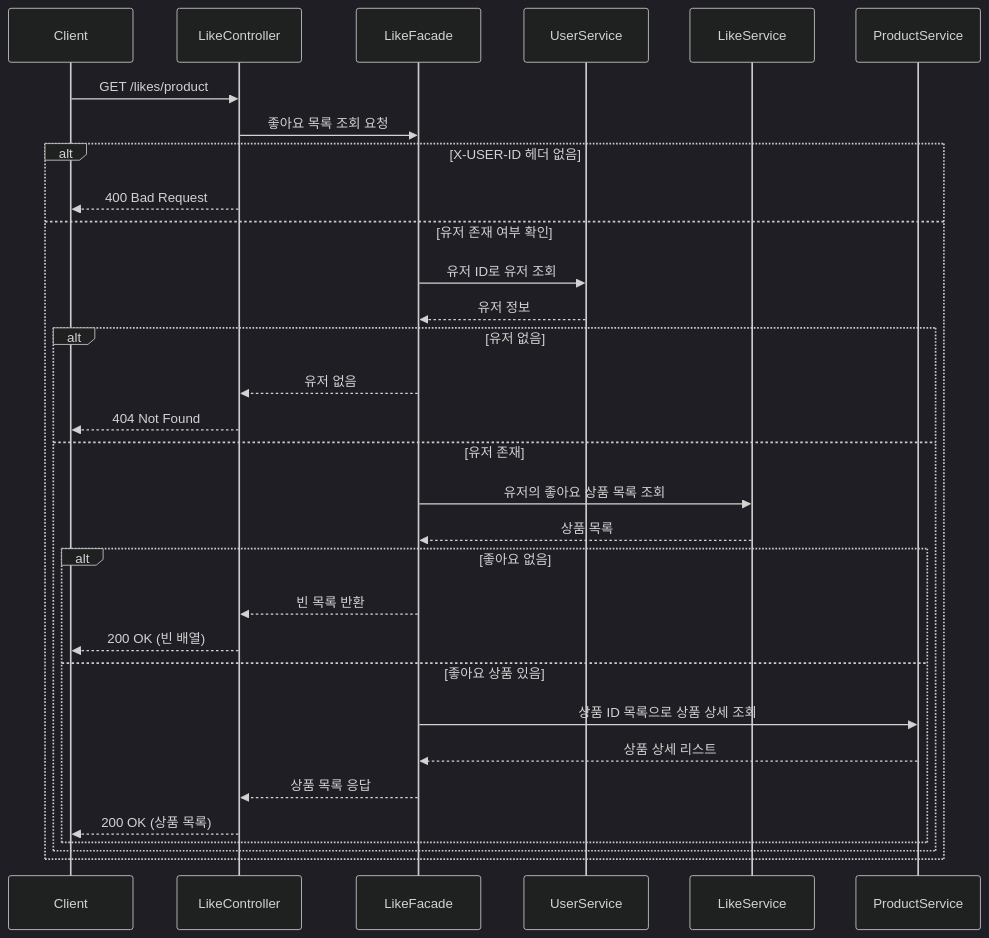
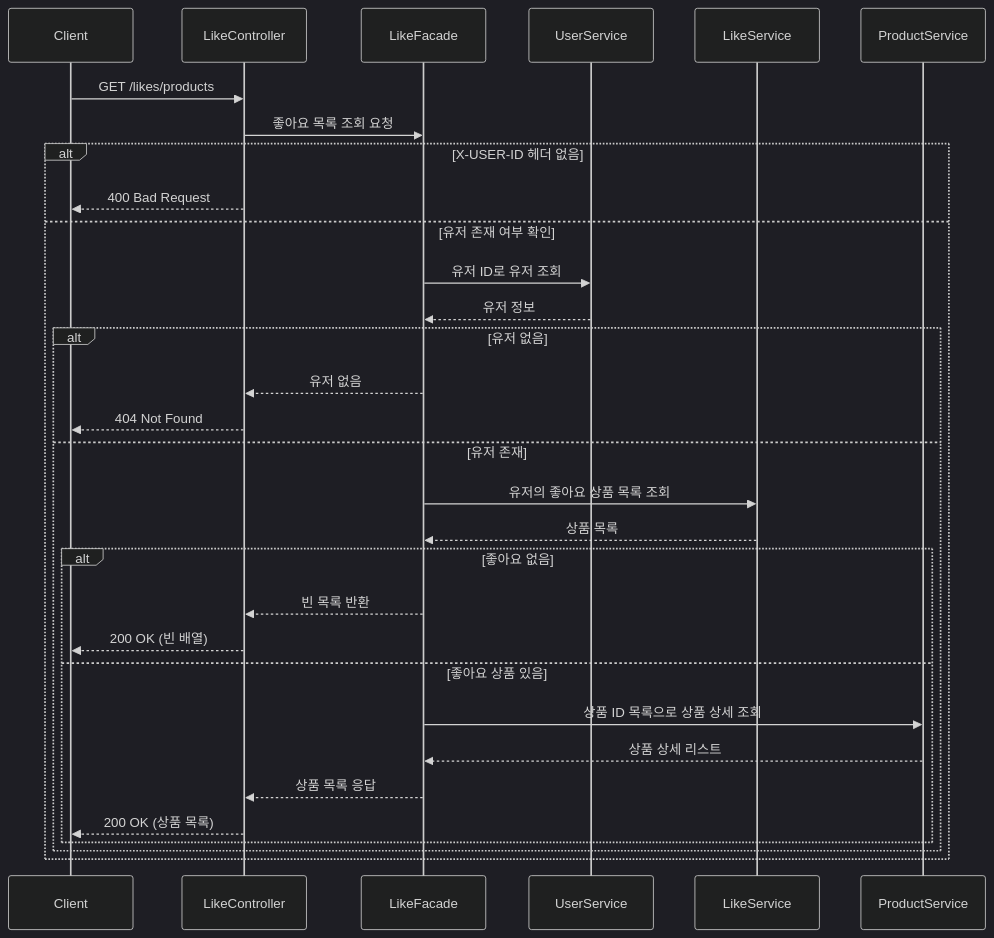
Before and after one commit to HYEONMIN94/loopers-spring-kotlin-template: the tenth of 15 diagrams in docs/design/02-sequence-diagrams.md, drawn with Mermaid (dark theme). The commit also changed other lines of this file and 1 other file, not shown here.

````diff
--- a/docs/design/02-sequence-diagrams.md
+++ b/docs/design/02-sequence-diagrams.md
@@ -354,37 +350,37 @@
 ```mermaid
 sequenceDiagram
     participant Client
     participant LikeController
     participant LikeFacade
     participant UserService
     participant LikeService
     participant ProductService
 
-    Client->>LikeController: GET /likes/product
+    Client->>LikeController: GET /likes/products
     LikeController->>LikeFacade: 좋아요 목록 조회 요청
 
     alt X-USER-ID 헤더 없음
         LikeController-->>Client: 400 Bad Request
     else 유저 존재 여부 확인
         LikeFacade->>UserService: 유저 ID로 유저 조회
         UserService-->>LikeFacade: 유저 정보
 
         alt 유저 없음
             LikeFacade-->>LikeController: 유저 없음
             LikeController-->>Client: 404 Not Found
         else 유저 존재
             LikeFacade->>LikeService: 유저의 좋아요 상품 목록 조회
             LikeService-->>LikeFacade: 상품 목록
 
             alt 좋아요 없음
                 LikeFacade-->>LikeController: 빈 목록 반환
                 LikeController-->>Client: 200 OK (빈 배열)
             else 좋아요 상품 있음
                 LikeFacade->>ProductService: 상품 ID 목록으로 상품 상세 조회
                 ProductService-->>LikeFacade: 상품 상세 리스트
                 LikeFacade-->>LikeController: 상품 목록 응답
                 LikeController-->>Client: 200 OK (상품 목록)
             end
         end
     end
 ```
````
